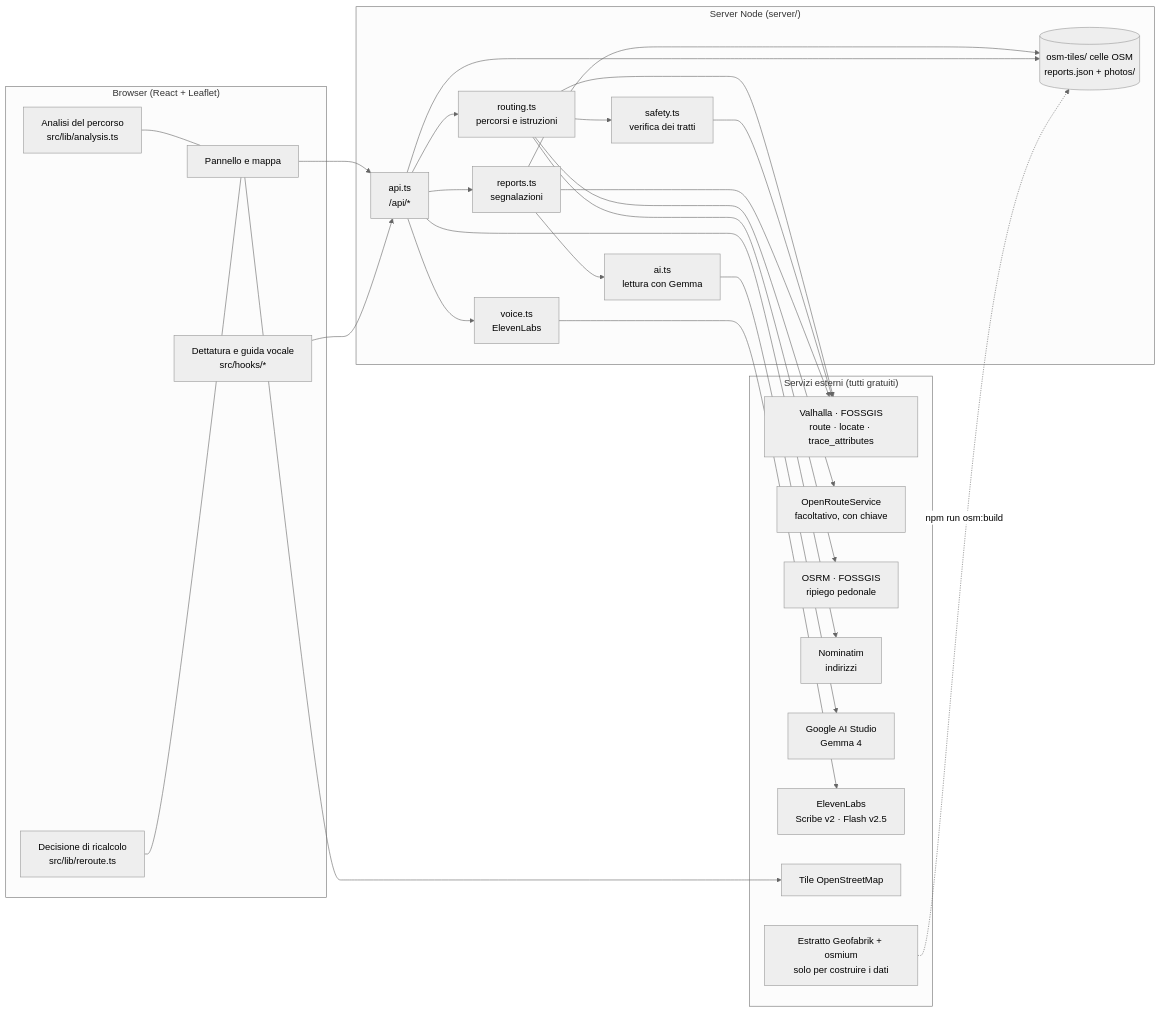
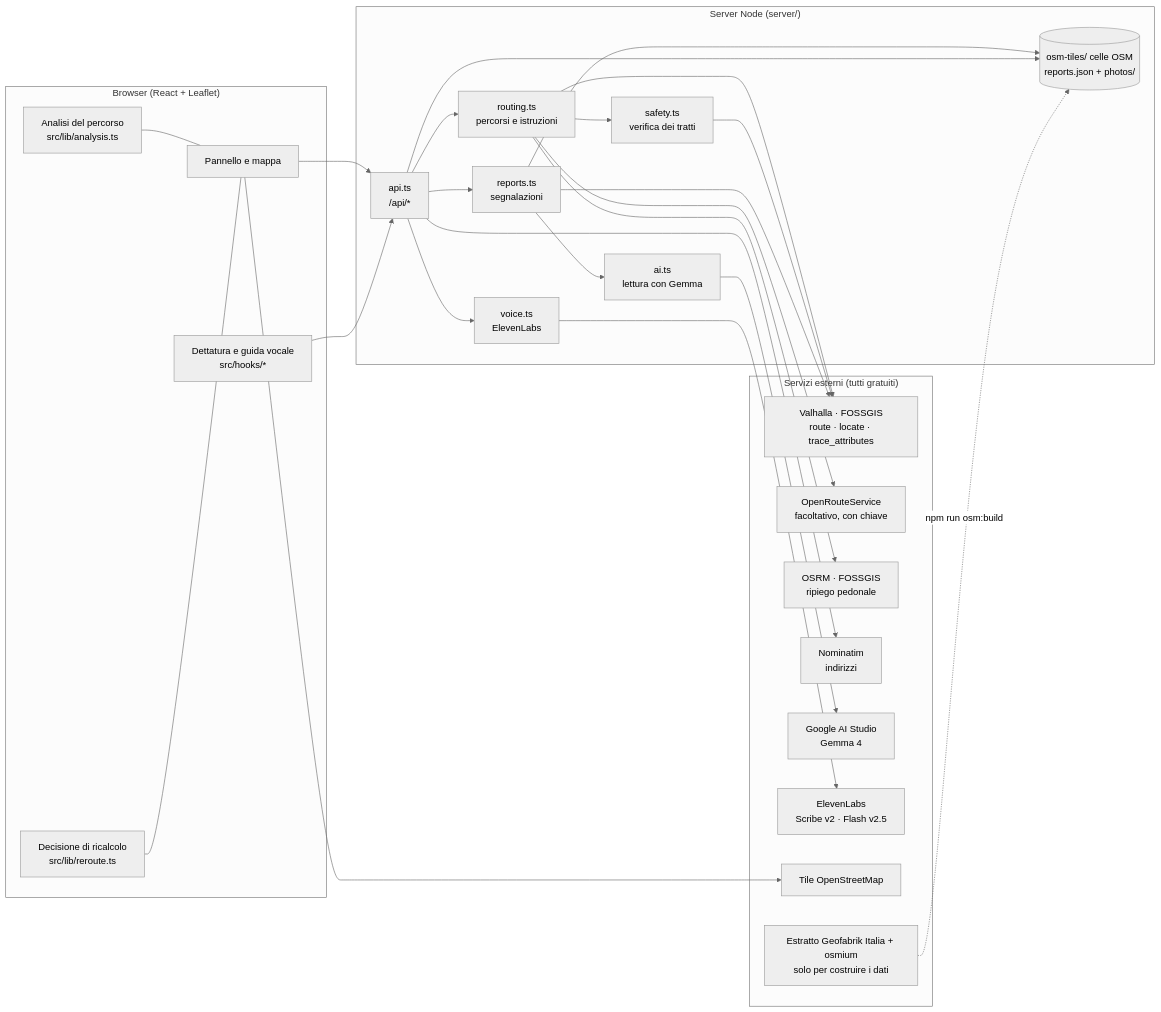
The first of 4 diagrams in ARCHITECTURE.md (gixrda/openway), drawn with Mermaid (neutral theme) before and after one commit. The commit also changed other lines of this file and 31 other files, not shown here.

First line of the commit message:
Tutta l'Italia: dati OSM dell'intero Paese, confine delle 20 regioni

````diff
--- a/ARCHITECTURE.md
+++ b/ARCHITECTURE.md
@@ -7,48 +7,48 @@
 ```mermaid
 flowchart LR
   subgraph Browser["Browser (React + Leaflet)"]
     UI[Pannello e mappa]
     AN[Analisi del percorso<br/>src/lib/analysis.ts]
     RR[Decisione di ricalcolo<br/>src/lib/reroute.ts]
     VO[Dettatura e guida vocale<br/>src/hooks/*]
   end
 
   subgraph Server["Server Node (server/)"]
     API[api.ts<br/>/api/*]
     RT[routing.ts<br/>percorsi e istruzioni]
     SF[safety.ts<br/>verifica dei tratti]
     RP[reports.ts<br/>segnalazioni]
     AI[ai.ts<br/>lettura con Gemma]
     VC[voice.ts<br/>ElevenLabs]
     DATA[(osm-tiles/ celle OSM<br/>reports.json + photos/)]
   end
 
   subgraph Esterni["Servizi esterni (tutti gratuiti)"]
     VAL[Valhalla · FOSSGIS<br/>route · locate · trace_attributes]
     ORS[OpenRouteService<br/>facoltativo, con chiave]
     OSRM[OSRM · FOSSGIS<br/>ripiego pedonale]
     NOM[Nominatim<br/>indirizzi]
     GEM[Google AI Studio<br/>Gemma 4]
     EL[ElevenLabs<br/>Scribe v2 · Flash v2.5]
     TILE[Tile OpenStreetMap]
-    OVP[Estratto Geofabrik + osmium<br/>solo per costruire i dati]
+    OVP[Estratto Geofabrik Italia + osmium<br/>solo per costruire i dati]
   end
 
   UI --> API
   UI --> TILE
   AN --- UI
   RR --- UI
   VO --> API
   API --> RT --> SF
   RT --> VAL
   RT --> ORS
   RT --> OSRM
   SF --> VAL
   API --> NOM
   API --> RP --> AI --> GEM
   RP --> VAL
   API --> VC --> EL
   RP --> DATA
   API --> DATA
   OVP -. npm run osm:build .-> DATA
 ```
````
